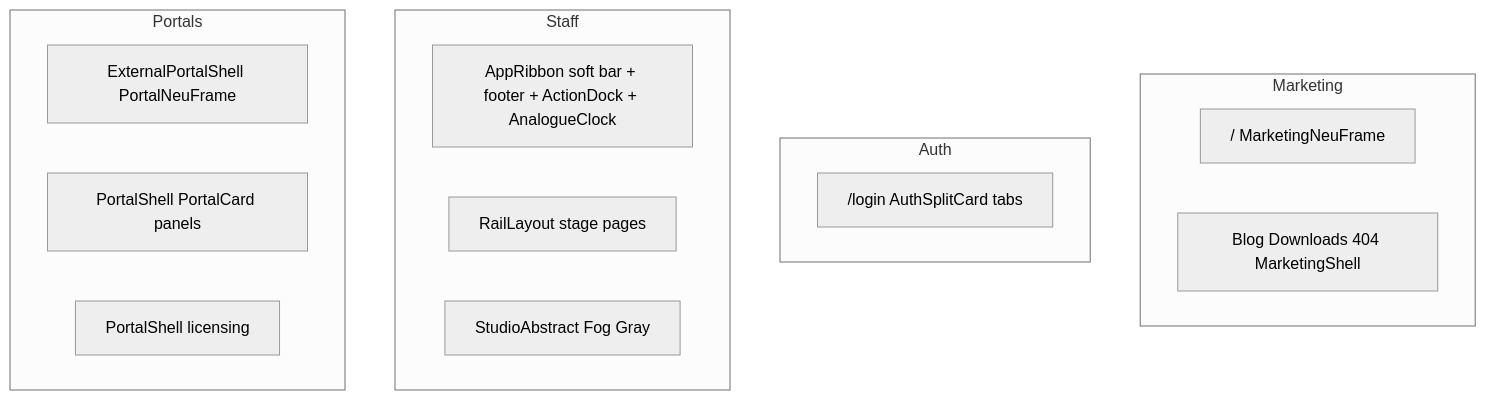
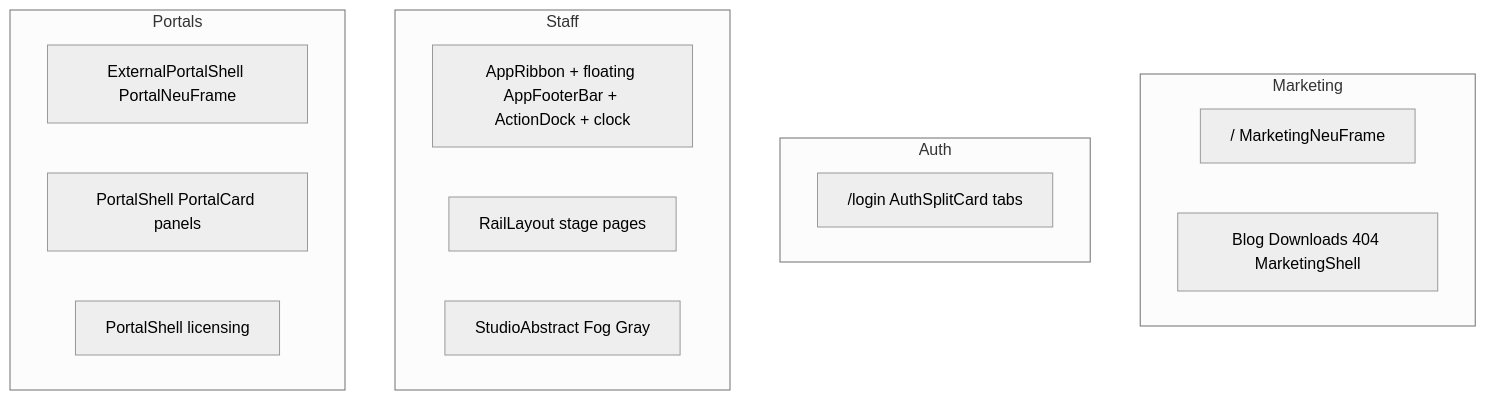
One commit to HolagundiWorks/aorms changed the diagram in docs/esti/UI-SITE-MAP.md. Above: the diagram before and after it, drawn with Mermaid (neutral theme). The commit also changed other lines of this file and 46 other files, not shown here.

````diff
--- a/docs/esti/UI-SITE-MAP.md
+++ b/docs/esti/UI-SITE-MAP.md
@@ -8,20 +8,20 @@
 ```mermaid
 flowchart TB
   subgraph marketing [Marketing]
     Landing["/ MarketingNeuFrame"]
     Blog["Blog Downloads 404 MarketingShell"]
   end
   subgraph auth [Auth]
     CardAuth["/login AuthSplitCard tabs"]
   end
   subgraph staff [Staff]
-    Shell["AppRibbon soft bar + footer + ActionDock + AnalogueClock"]
+    Shell["AppRibbon + floating AppFooterBar + ActionDock + clock"]
     Pages["RailLayout stage pages"]
     Home["StudioAbstract Fog Gray"]
   end
   subgraph portals [Portals]
     Ext["ExternalPortalShell PortalNeuFrame"]
     Acct["PortalShell PortalCard panels"]
     Admin["PortalShell licensing"]
   end
 ```
````
